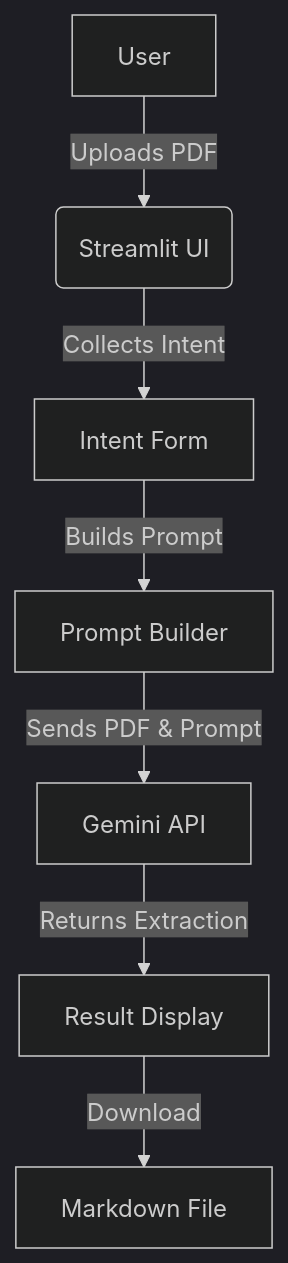
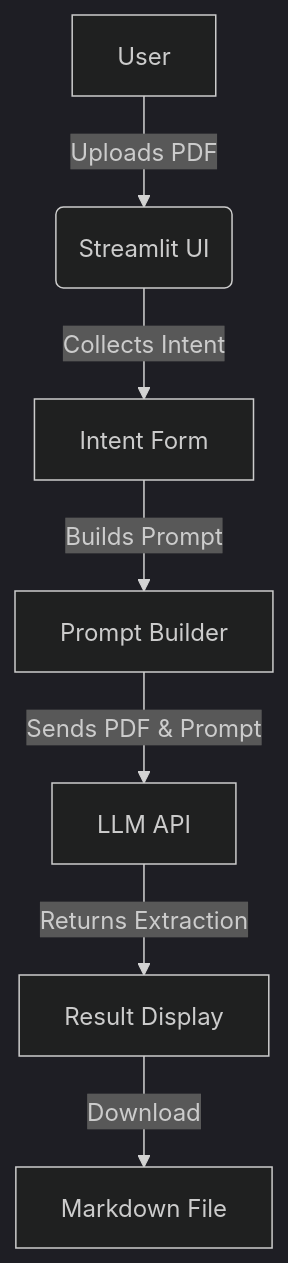
One commit to reshmailfatima/Smart-PDF-Extractor changed the first of 2 diagrams in README.md. Above: the diagram before and after it, drawn with Mermaid (dark theme). The commit also changed other lines of this file, not shown here.

````diff
--- a/README.md
+++ b/README.md
@@ -25,9 +25,9 @@
 ```mermaid
 graph TD
     A[User] -->|Uploads PDF| B(Streamlit UI)
     B -->|Collects Intent| C[Intent Form]
     C -->|Builds Prompt| D[Prompt Builder]
-    D -->|Sends PDF & Prompt| E[Gemini API]
+    D -->|Sends PDF & Prompt| E[LLM API]
     E -->|Returns Extraction| F[Result Display]
     F -->|Download| G[Markdown File]
 ```
````
